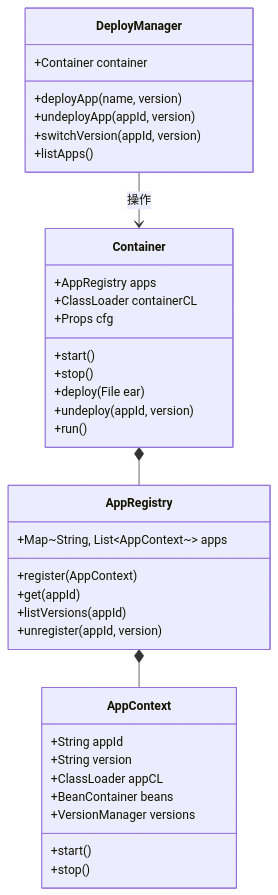
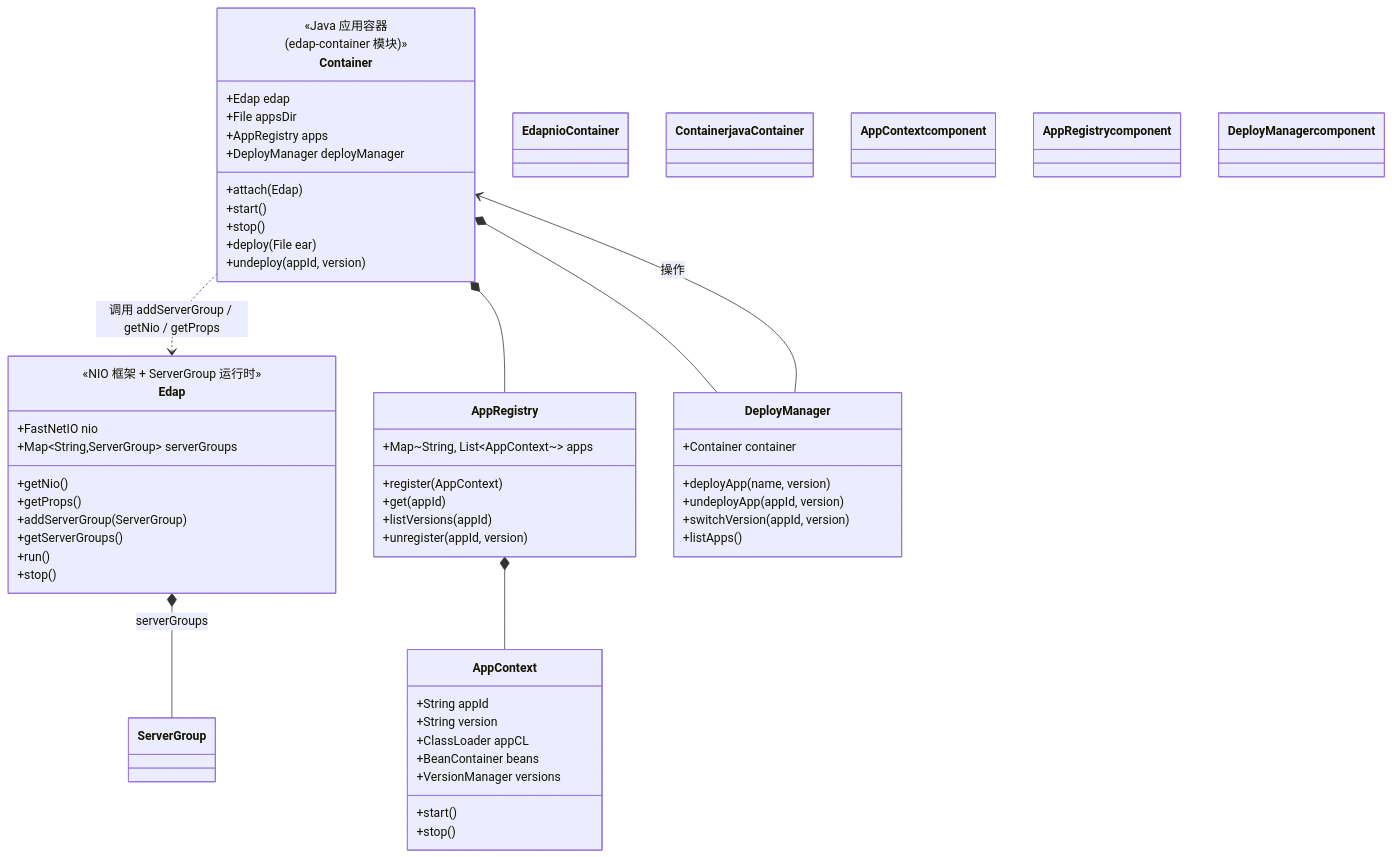
Before and after one commit to edap-io/edap: diagram 38 of 42 in README.md, drawn with Mermaid. The commit also changed other lines of this file and 1 other file, not shown here.

````diff
--- a/README.md
+++ b/README.md
@@ -2460,43 +2460,72 @@
 ```mermaid
 classDiagram
+    direction TB
+
+    class Edap {
+        <<NIO 框架 + ServerGroup 运行时>>
+        +FastNetIO nio
+        +Map~String,ServerGroup~ serverGroups
+        +getNio()
+        +getProps()
+        +addServerGroup(ServerGroup)
+        +getServerGroups()
+        +run()
+        +stop()
+    }
+
     class Container {
+        <<Java 应用容器<br/>(edap-container 模块)>>
+        +Edap edap
+        +File appsDir
         +AppRegistry apps
-        +ClassLoader containerCL
-        +Props cfg
+        +DeployManager deployManager
+        +attach(Edap)
         +start()
         +stop()
         +deploy(File ear)
         +undeploy(appId, version)
-        +run()
     }
 
     class AppContext {
         +String appId
         +String version
         +ClassLoader appCL
         +BeanContainer beans
         +VersionManager versions
         +start()
         +stop()
     }
 
     class AppRegistry {
         +Map~String, List~AppContext~~ apps
         +register(AppContext)
         +get(appId)
         +listVersions(appId)
         +unregister(appId, version)
     }
 
     class DeployManager {
         +Container container
         +deployApp(name, version)
         +undeployApp(appId, version)
         +switchVersion(appId, version)
         +listApps()
     }
 
+    Edap *-- ServerGroup : serverGroups
+    Container ..> Edap : 调用 addServerGroup / getNio / getProps
     Container *-- AppRegistry
     AppRegistry *-- AppContext
+    Container *-- DeployManager
     DeployManager --> Container : 操作
+
+    classDef nioContainer fill:#0d6efd,stroke:#0a58ca,color:#fff,stroke-width:3px,rx:15,ry:15
+    classDef javaContainer fill:#198754,stroke:#146c43,color:#fff,stroke-width:3px,rx:15,ry:15
+    classDef component fill:#cfe2ff,stroke:#0d6efd,stroke-width:1.5px,color:#0a2540,rx:10,ry:10
+
+    class Edap nioContainer
+    class Container javaContainer
+    class AppContext component
+    class AppRegistry component
+    class DeployManager component
 ```
````
